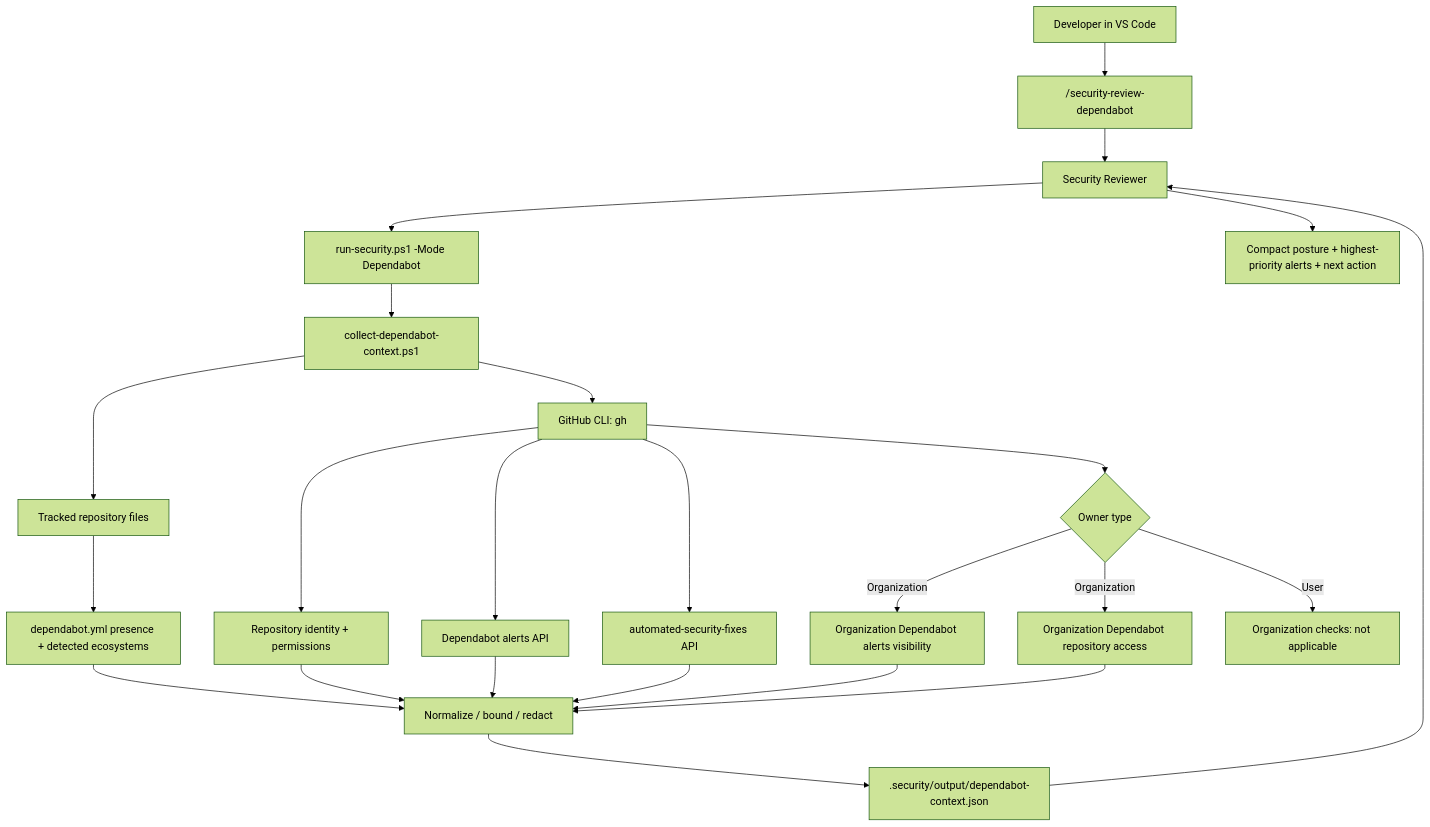
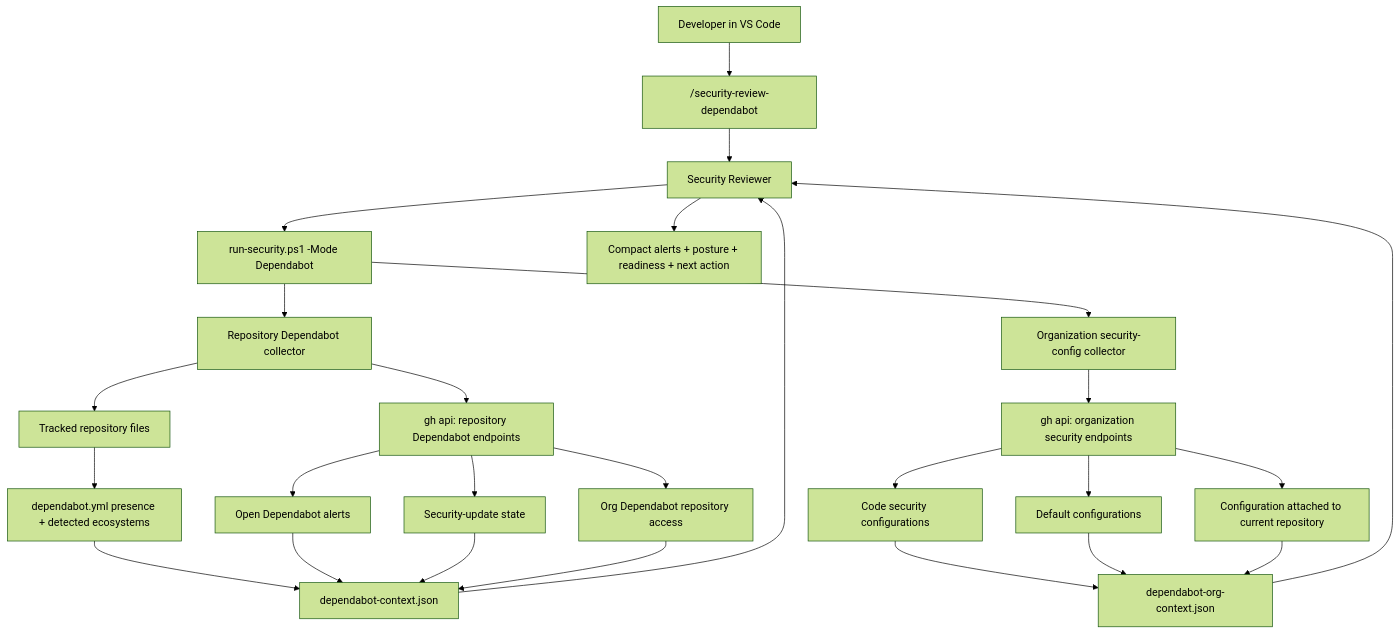
Before and after one commit to franciscofunes/copilot-security-pack: the first of 4 diagrams in docs/DEPENDABOT_INTELLIGENCE.md, drawn with Mermaid (forest theme). The commit also changed other lines of this file, not shown here.

Commit message:
docs: document organization Dependabot configuration evidence

````diff
--- a/docs/DEPENDABOT_INTELLIGENCE.md
+++ b/docs/DEPENDABOT_INTELLIGENCE.md
@@ -14,32 +15,35 @@
 ```mermaid
 flowchart TB
     dev["Developer in VS Code"] --> prompt["/security-review-dependabot"]
     prompt --> reviewer["Security Reviewer"]
     reviewer --> dispatcher["run-security.ps1 -Mode Dependabot"]
-    dispatcher --> collector["collect-dependabot-context.ps1"]
 
-    collector --> git["Tracked repository files"]
-    collector --> gh["GitHub CLI: gh"]
+    dispatcher --> repoCollector["Repository Dependabot collector"]
+    dispatcher --> orgCollector["Organization security-config collector"]
 
-    git --> config["dependabot.yml presence + detected ecosystems"]
+    repoCollector --> files["Tracked repository files"]
+    repoCollector --> ghRepo["gh api: repository Dependabot endpoints"]
+    orgCollector --> ghOrg["gh api: organization security endpoints"]
 
-    gh --> repo["Repository identity + permissions"]
-    gh --> alerts["Dependabot alerts API"]
-    gh --> updates["automated-security-fixes API"]
-    gh --> owner{"Owner type"}
+    files --> config["dependabot.yml presence + detected ecosystems"]
+    ghRepo --> alerts["Open Dependabot alerts"]
+    ghRepo --> updates["Security-update state"]
+    ghRepo --> access["Org Dependabot repository access"]
 
-    owner -->|Organization| orgAlerts["Organization Dependabot alerts visibility"]
-    owner -->|Organization| orgAccess["Organization Dependabot repository access"]
-    owner -->|User| na["Organization checks: not applicable"]
+    ghOrg --> configs["Code security configurations"]
+    ghOrg --> defaults["Default configurations"]
+    ghOrg --> attached["Configuration attached to current repository"]
 
-    config --> normalize["Normalize / bound / redact"]
-    repo --> normalize
-    alerts --> normalize
-    updates --> normalize
-    orgAlerts --> normalize
-    orgAccess --> normalize
+    config --> repoEvidence["dependabot-context.json"]
+    alerts --> repoEvidence
+    updates --> repoEvidence
+    access --> repoEvidence
 
-    normalize --> evidence[".security/output/dependabot-context.json"]
-    evidence --> reviewer
-    reviewer --> result["Compact posture + highest-priority alerts + next action"]
+    configs --> orgEvidence["dependabot-org-context.json"]
+    defaults --> orgEvidence
+    attached --> orgEvidence
+
+    repoEvidence --> reviewer
+    orgEvidence --> reviewer
+    reviewer --> result["Compact alerts + posture + readiness + next action"]
 ```
````
